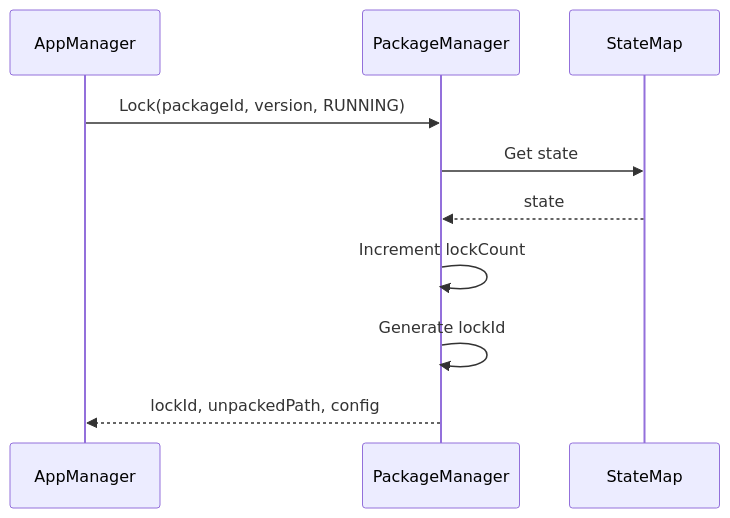
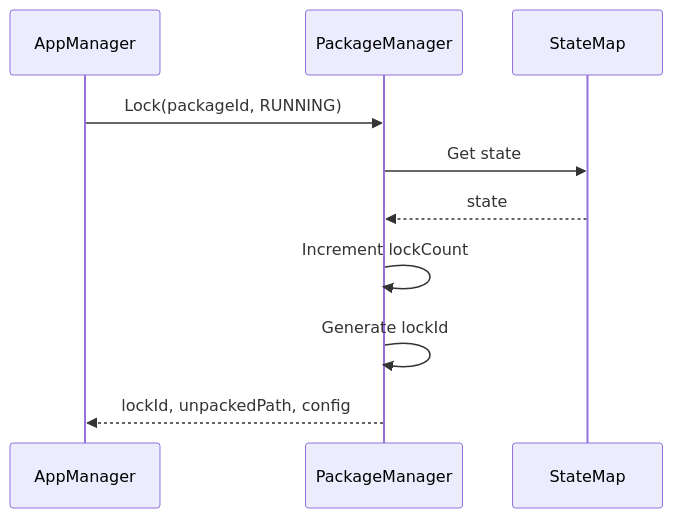
Before and after one commit to rdkcentral/entservices-appmanagers: the fifth of 8 diagrams in PackageManager/PackageManager.md, drawn with Mermaid. The commit also changed other lines of this file and 19 other files, not shown here.

Commit message:
RDKEMW-26919: Remove Deprecated version Parameter from AppPackageManager APIs

````diff
--- a/PackageManager/PackageManager.md
+++ b/PackageManager/PackageManager.md
@@ -391,13 +395,13 @@
 ```mermaid
 sequenceDiagram
     participant AM as AppManager
     participant PKG as PackageManager
     participant State as StateMap
 
-    AM->>PKG: Lock(packageId, version, RUNNING)
+    AM->>PKG: Lock(packageId, RUNNING)
     PKG->>State: Get state
     State-->>PKG: state
     PKG->>PKG: Increment lockCount
     PKG->>PKG: Generate lockId
     PKG-->>AM: lockId, unpackedPath, config
 ```
````
